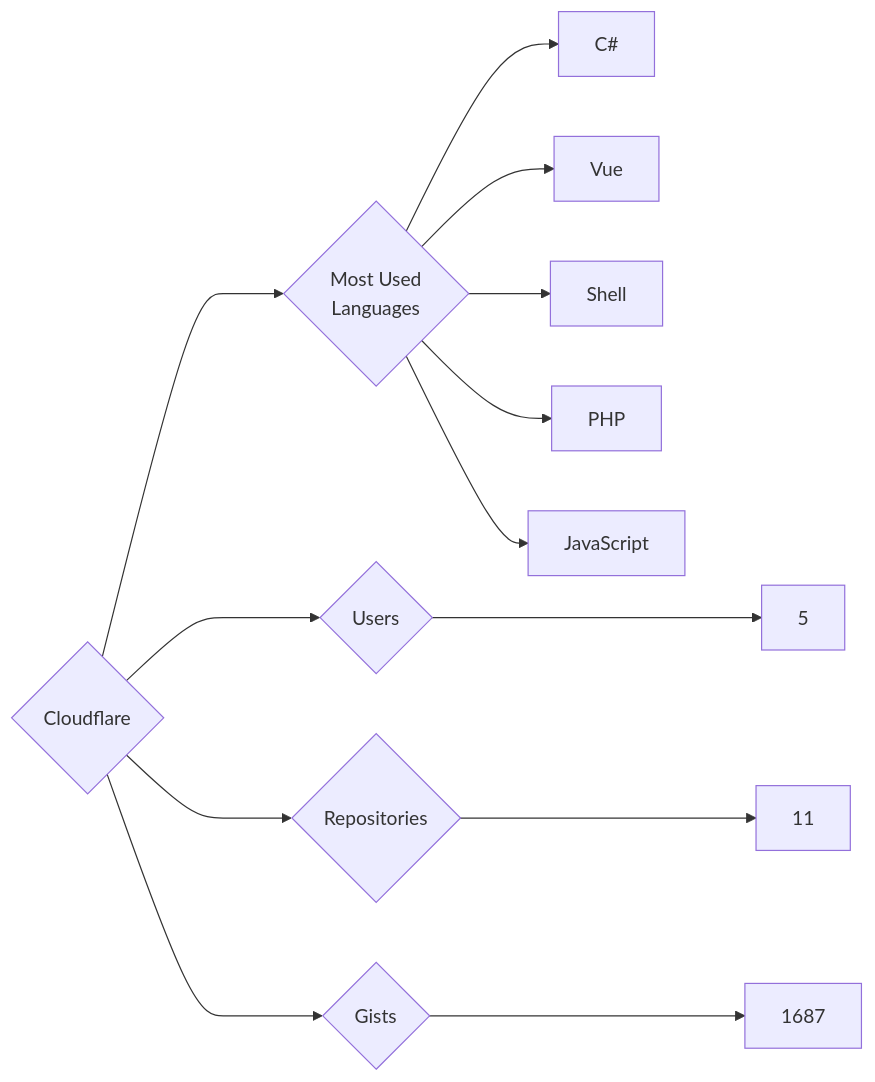
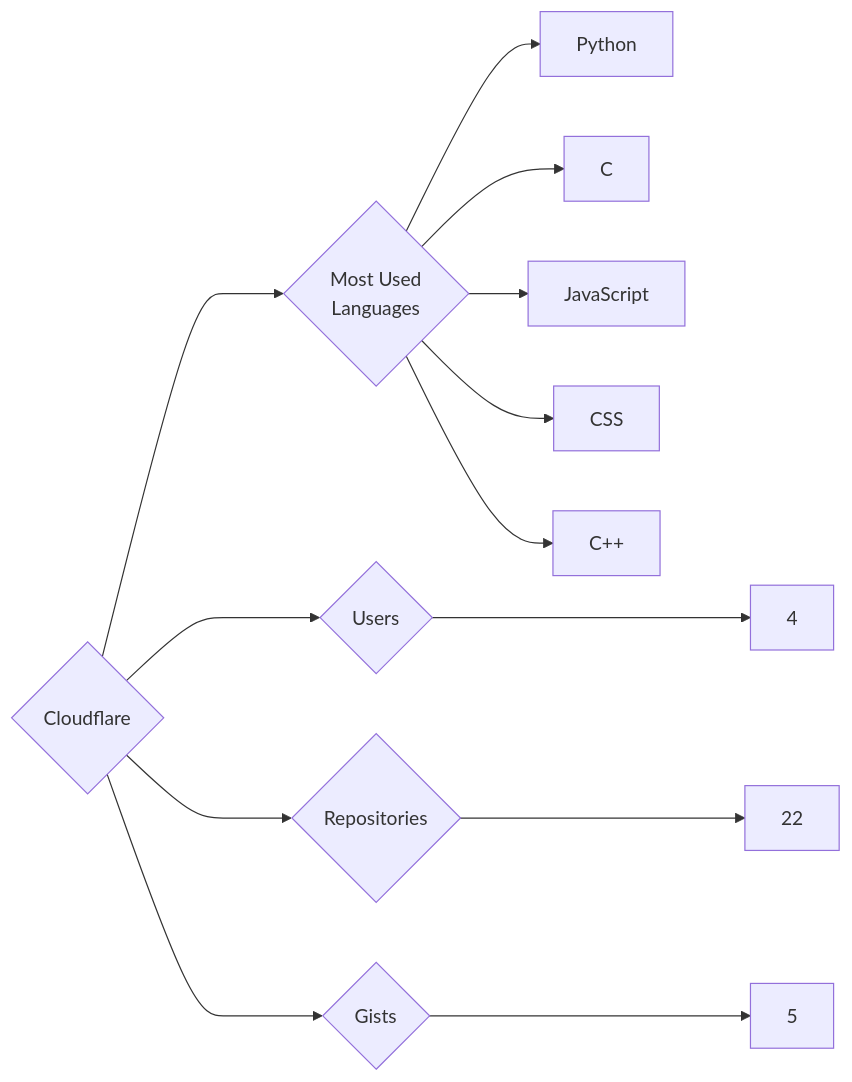
The diagram in targets/Cloudflare/README.md (trickest/insiders), drawn with Mermaid before and after one commit. The commit also changed 997 other files, not shown here.

````diff
--- a/targets/Cloudflare/README.md
+++ b/targets/Cloudflare/README.md
@@ -3,13 +3,13 @@
 ```mermaid
 graph LR
 COMPANY_NAME{Cloudflare}
-COMPANY_NAME ---> U{Users} ---> UN[5]
-COMPANY_NAME ---> R{Repositories} ---> RN[11]
-COMPANY_NAME ---> G{Gists} ---> GN[1687]
+COMPANY_NAME ---> U{Users} ---> UN[4]
+COMPANY_NAME ---> R{Repositories} ---> RN[22]
+COMPANY_NAME ---> G{Gists} ---> GN[5]
 COMPANY_NAME ---> ML{Most Used<br>Languages}
-ML --> C#[C#]
-ML --> Vue[Vue]
-ML --> Shell[Shell]
-ML --> PHP[PHP]
+ML --> Python[Python]
+ML --> C[C]
 ML --> JavaScript[JavaScript]
+ML --> CSS[CSS]
+ML --> C++[C++]
 ```
````
